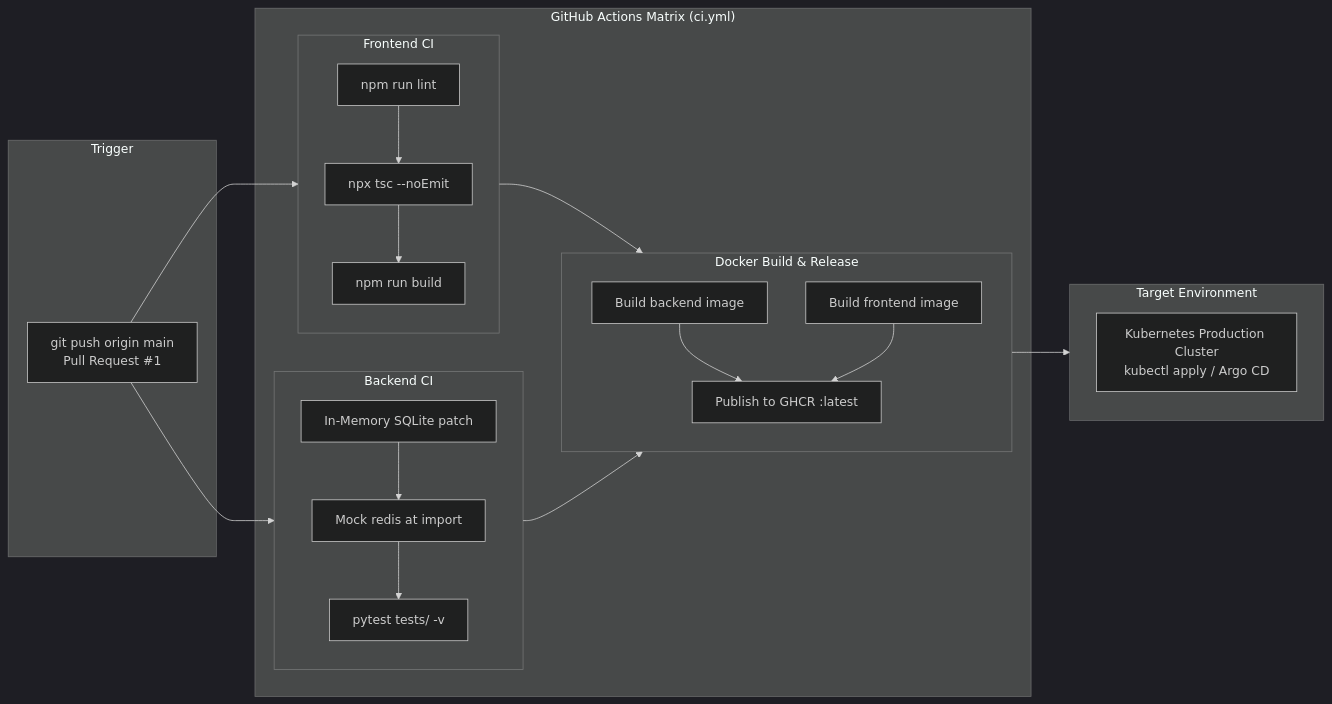
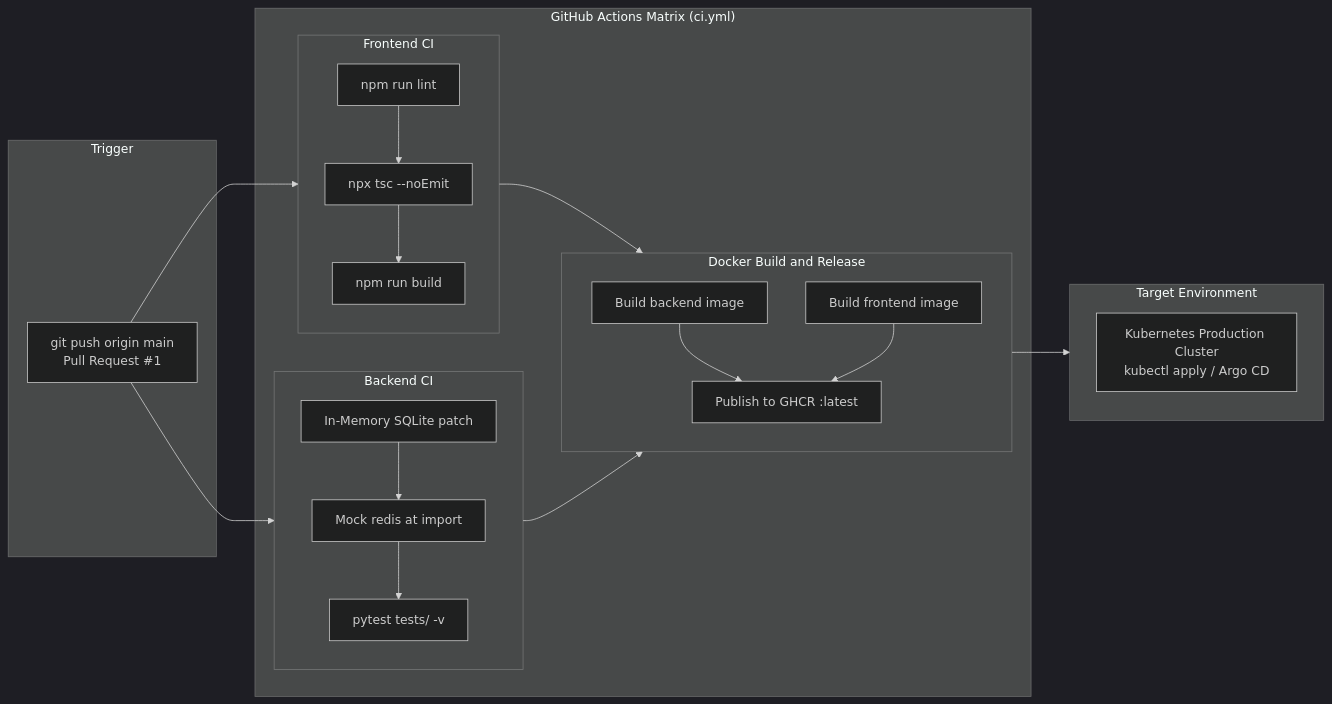
One commit to satviashwin369-creator/StackForge changed the ninth of 9 diagrams in docs/Architecture.md. Above: the diagram before and after it, drawn with Mermaid (dark theme). The commit also changed other lines of this file and 20 other files, not shown here.

Commit message:
docs(arch): add native PNG diagrams and unwrap top-level Mermaid blocks for 100% GitHub visibility

````diff
--- a/docs/Architecture.md
+++ b/docs/Architecture.md
@@ -560,31 +531,31 @@
 ```mermaid
 flowchart LR
     subgraph Trigger ["Trigger"]
         Push["git push origin main<br/>Pull Request #1"]
     end
 
     subgraph Actions ["GitHub Actions Matrix (ci.yml)"]
         subgraph Job1 ["Frontend CI"]
             L1["npm run lint"] --> L2["npx tsc --noEmit"] --> L3["npm run build"]
         end
 
         subgraph Job2 ["Backend CI"]
             B1["In-Memory SQLite patch"] --> B2["Mock redis at import"] --> B3["pytest tests/ -v"]
         end
 
-        subgraph Job3 ["Docker Build & Release"]
+        subgraph Job3 ["Docker Build and Release"]
             D1["Build backend image"]
             D2["Build frontend image"]
             D3["Publish to GHCR :latest"]
             D1 & D2 --> D3
         end
     end
 
     subgraph Deploy ["Target Environment"]
         K8s["Kubernetes Production Cluster<br/>kubectl apply / Argo CD"]
     end
 
     Push --> Job1 & Job2
     Job1 & Job2 --> Job3
     Job3 --> Deploy
 ```
````
